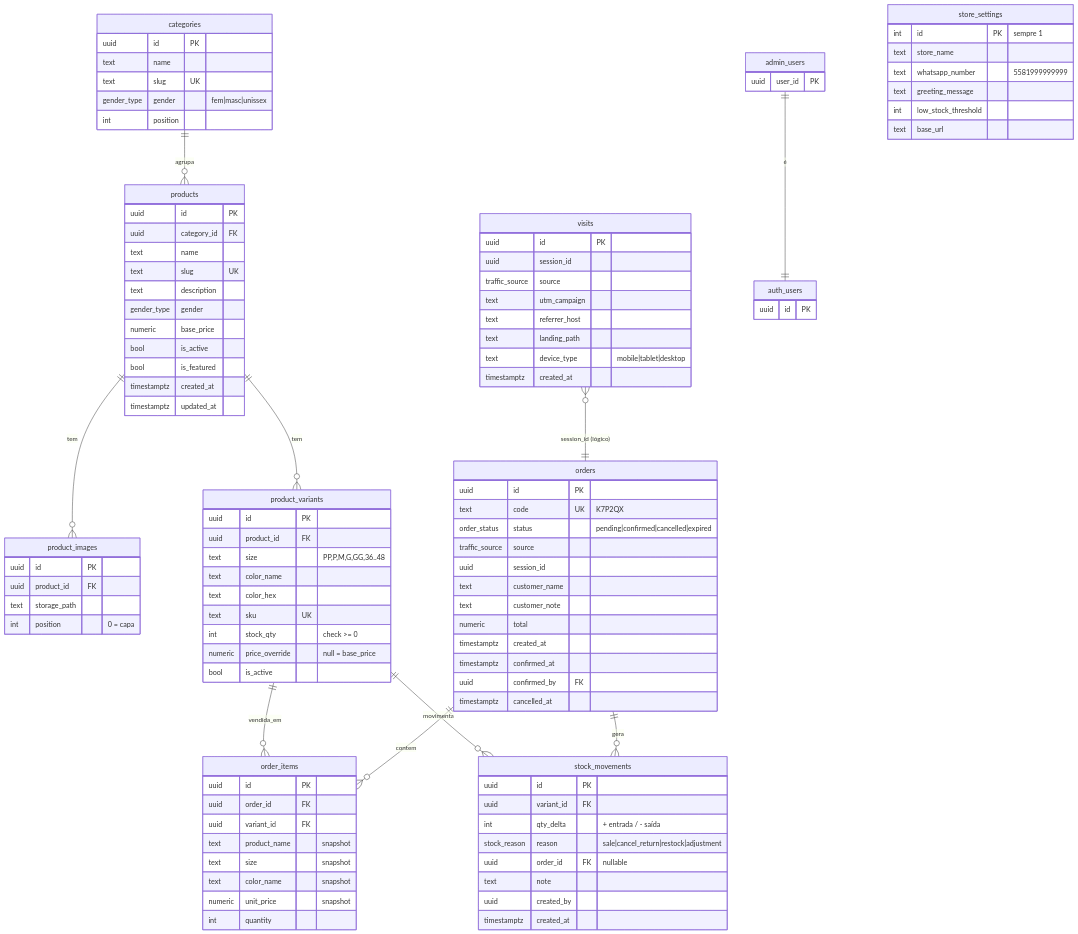
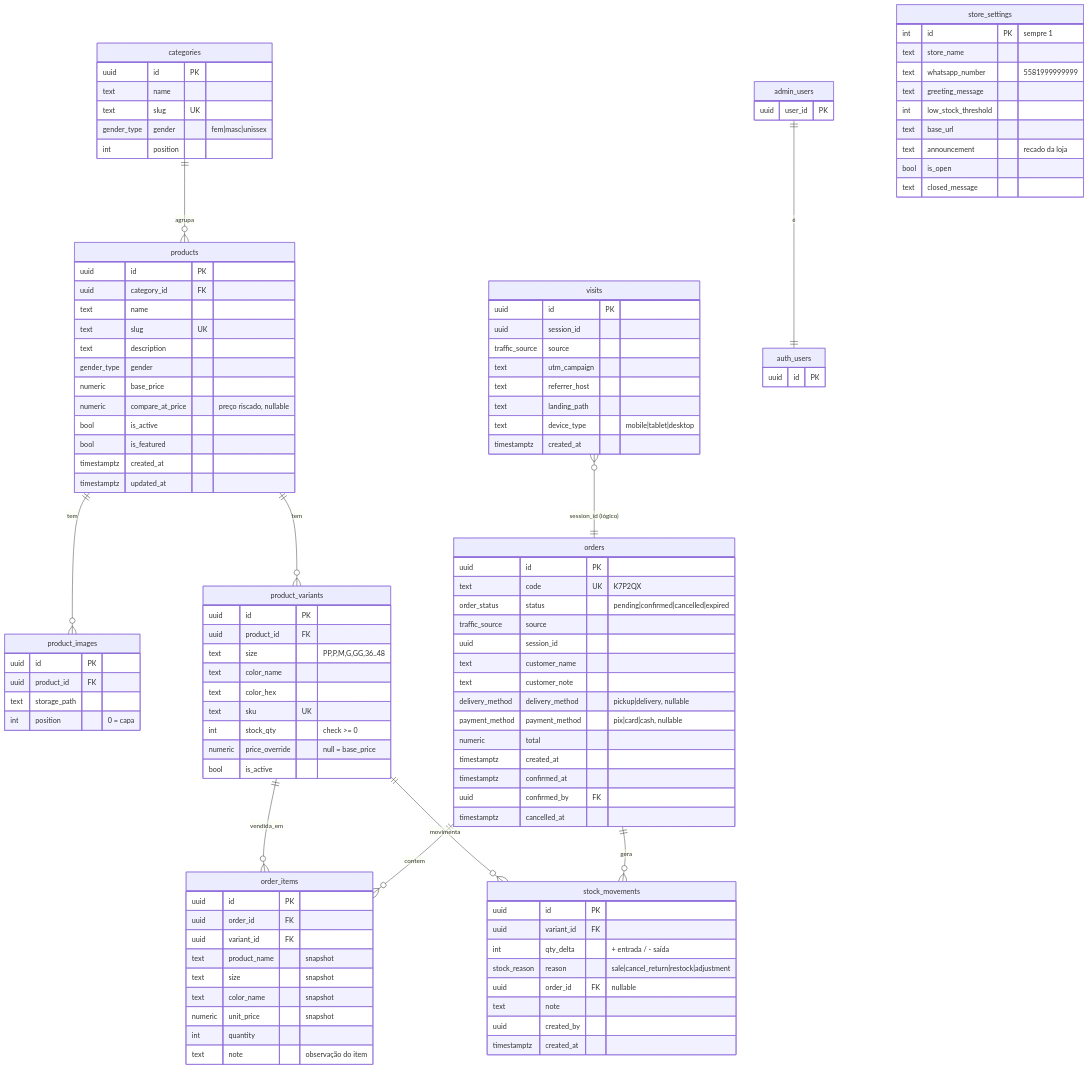
Before and after one commit to PimentelDiogo/lojajoyjoy: the ninth of 12 diagrams in docs/sdd/SDD.md, drawn with Mermaid. The commit also changed other lines of this file and 55 other files, not shown here.

```diff
--- a/docs/sdd/SDD.md
+++ b/docs/sdd/SDD.md
@@ -386,6 +395,7 @@
       text description
       gender_type gender
       numeric base_price
+      numeric compare_at_price "preço riscado, nullable"
       bool is_active
       bool is_featured
       timestamptz created_at
@@ -416,6 +426,8 @@
       uuid session_id
       text customer_name
       text customer_note
+      delivery_method delivery_method "pickup|delivery, nullable"
+      payment_method payment_method "pix|card|cash, nullable"
       numeric total
       timestamptz created_at
       timestamptz confirmed_at
@@ -431,6 +443,7 @@
       text color_name "snapshot"
       numeric unit_price "snapshot"
       int quantity
+      text note "observação do item"
     }
     stock_movements {
       uuid id PK
@@ -459,6 +472,9 @@
       text greeting_message
       int low_stock_threshold
       text base_url
+      text announcement "recado da loja"
+      bool is_open
+      text closed_message
     }
     admin_users {
       uuid user_id PK
```
